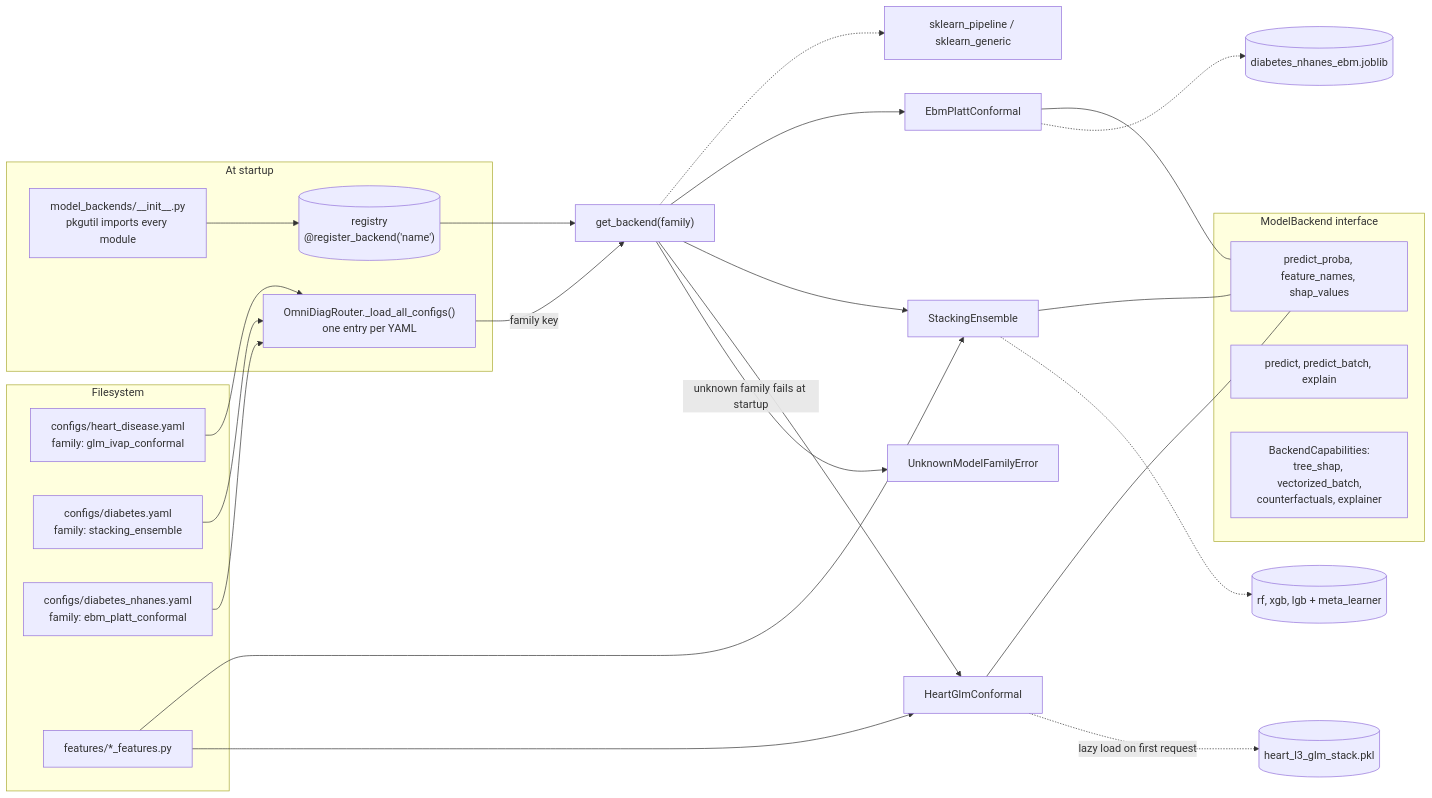
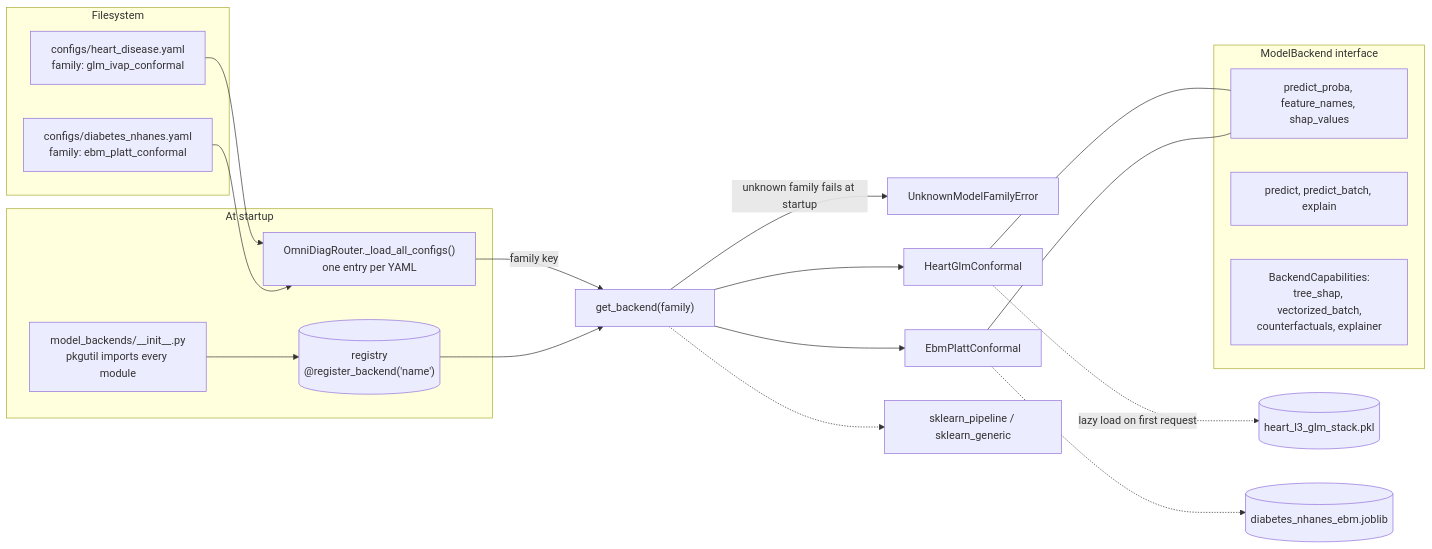
Before and after one commit to yahyalababenah/omnidiag: the fourth of 13 diagrams in docs/ARCHITECTURE.md, drawn with Mermaid. The commit also changed other lines of this file and 17 other files, not shown here.

````diff
--- a/docs/ARCHITECTURE.md
+++ b/docs/ARCHITECTURE.md
@@ -180,45 +179,37 @@
 ```mermaid
 flowchart LR
   subgraph FS["Filesystem"]
     Y1["configs/heart_disease.yaml<br/>family: glm_ivap_conformal"]
-    Y2["configs/diabetes.yaml<br/>family: stacking_ensemble"]
     Y3["configs/diabetes_nhanes.yaml<br/>family: ebm_platt_conformal"]
-    FT["features/*_features.py"]
   end
 
   subgraph STARTUP["At startup"]
     SCAN["OmniDiagRouter._load_all_configs()<br/>one entry per YAML"]
     IMP["model_backends/__init__.py<br/>pkgutil imports every module"]
     REGI[("registry<br/>@register_backend('name')")]
     IMP --> REGI
   end
 
   subgraph IFACE["ModelBackend interface"]
     I1["predict_proba, feature_names, shap_values"]
     I2["predict, predict_batch, explain"]
     I3["BackendCapabilities:<br/>tree_shap, vectorized_batch,<br/>counterfactuals, explainer"]
   end
 
   Y1 --> SCAN
-  Y2 --> SCAN
   Y3 --> SCAN
   SCAN -->|family key| GET["get_backend(family)"]
   REGI --> GET
 
   GET -->|unknown family fails at startup| ERR["UnknownModelFamilyError"]
   GET --> L1["HeartGlmConformal"]
-  GET --> L2["StackingEnsemble"]
   GET --> L3["EbmPlattConformal"]
   GET -.-> L4["sklearn_pipeline / sklearn_generic"]
 
   L1 -.->|lazy load on first request| W1[("heart_l3_glm_stack.pkl")]
-  L2 -.-> W2[("rf, xgb, lgb + meta_learner")]
   L3 -.-> W3[("diabetes_nhanes_ebm.joblib")]
 
-  FT --> L1
-  FT --> L2
 
   L1 --- I1
-  L2 --- I1
   L3 --- I1
 ```
````
